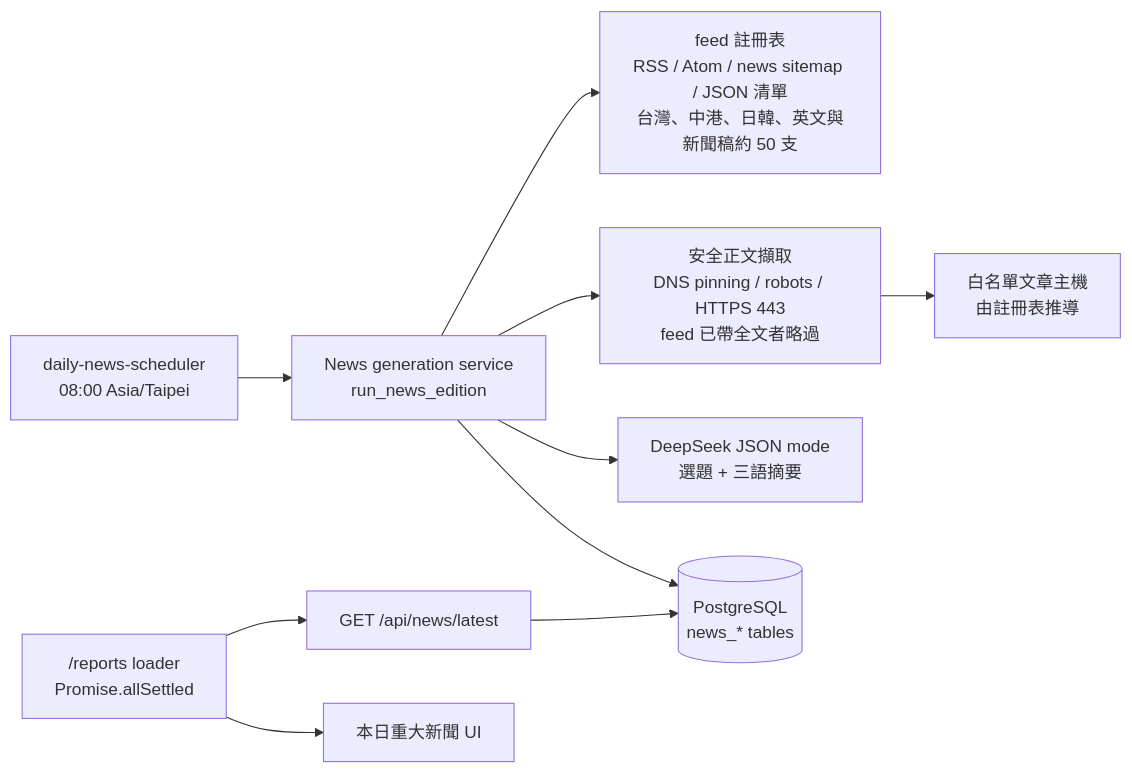
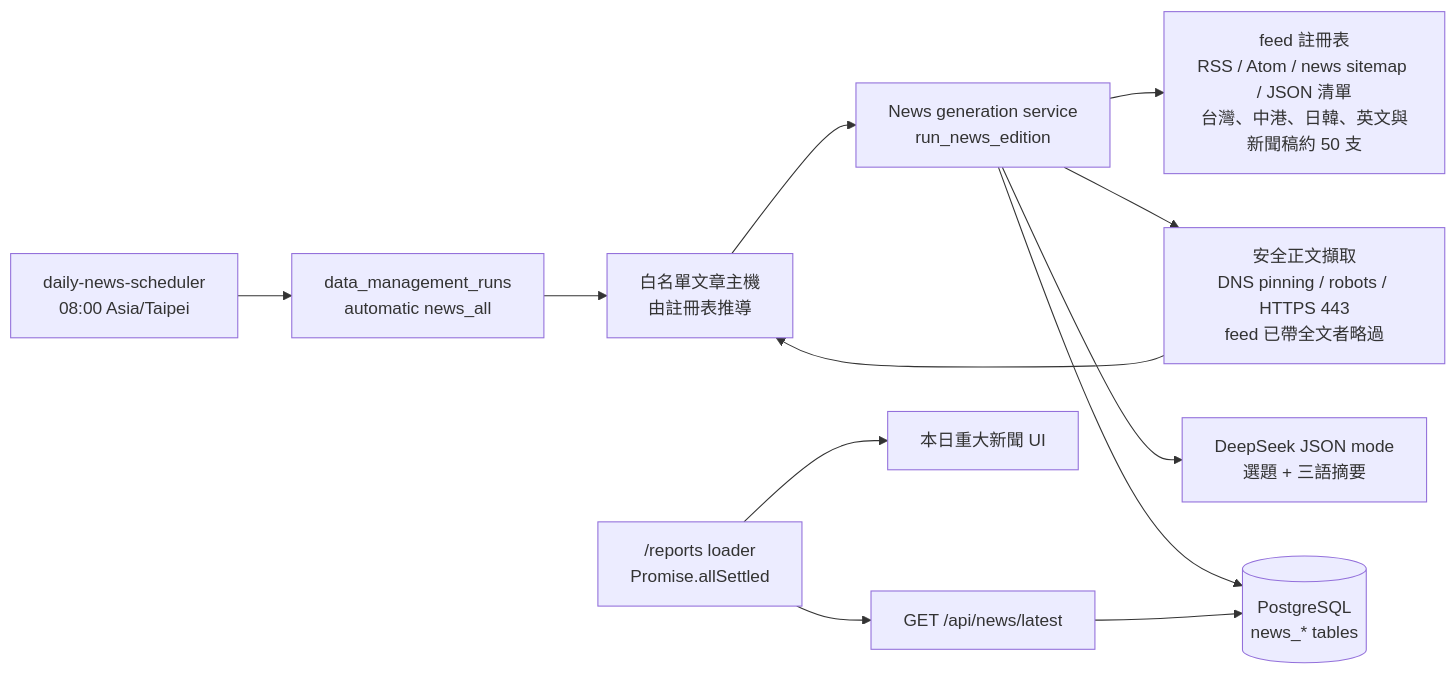
Before and after one commit to FPI-TW/daily-insights: the diagram in docs/architecture/daily-news.md, drawn with Mermaid. The commit also changed other lines of this file and 55 other files, not shown here.

````diff
--- a/docs/architecture/daily-news.md
+++ b/docs/architecture/daily-news.md
@@ -24,12 +24,14 @@
 ```mermaid
 flowchart LR
-    S["daily-news-scheduler<br/>08:00 Asia/Taipei"] --> G["News generation service<br/>run_news_edition"]
+    S["daily-news-scheduler<br/>08:00 Asia/Taipei"] --> Q["data_management_runs<br/>automatic news_all"]
+    Q --> W["data-management-worker"]
+    W --> G["News generation service<br/>run_news_edition"]
     G --> F["feed 註冊表<br/>RSS / Atom / news sitemap / JSON 清單<br/>台灣、中港、日韓、英文與新聞稿約 50 支"]
     G --> X["安全正文擷取<br/>DNS pinning / robots / HTTPS 443<br/>feed 已帶全文者略過"]
     X --> W["白名單文章主機<br/>由註冊表推導"]
     G --> L["DeepSeek JSON mode<br/>選題 + 三語摘要"]
     G --> P[("PostgreSQL<br/>news_* tables")]
     R["/reports loader<br/>Promise.allSettled"] --> A["GET /api/news/latest"]
     A --> P
     R --> U["本日重大新聞 UI"]
 ```
````
